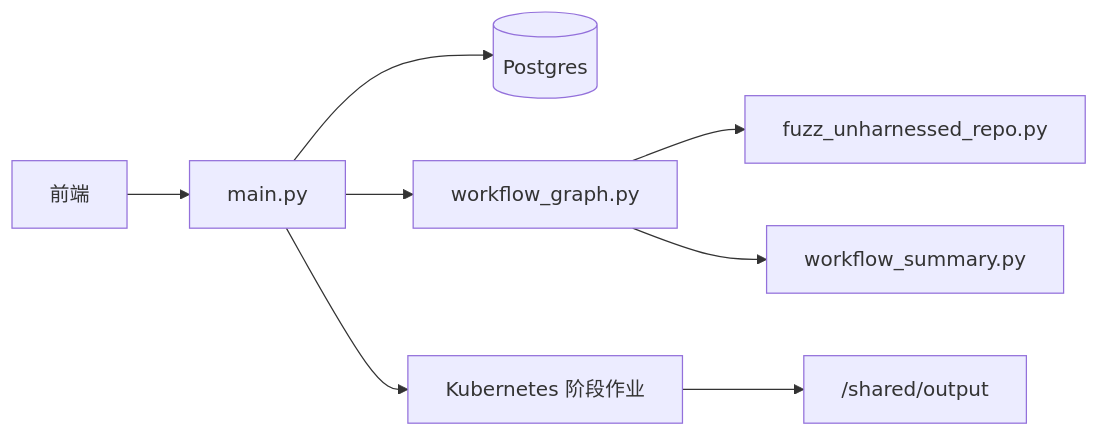
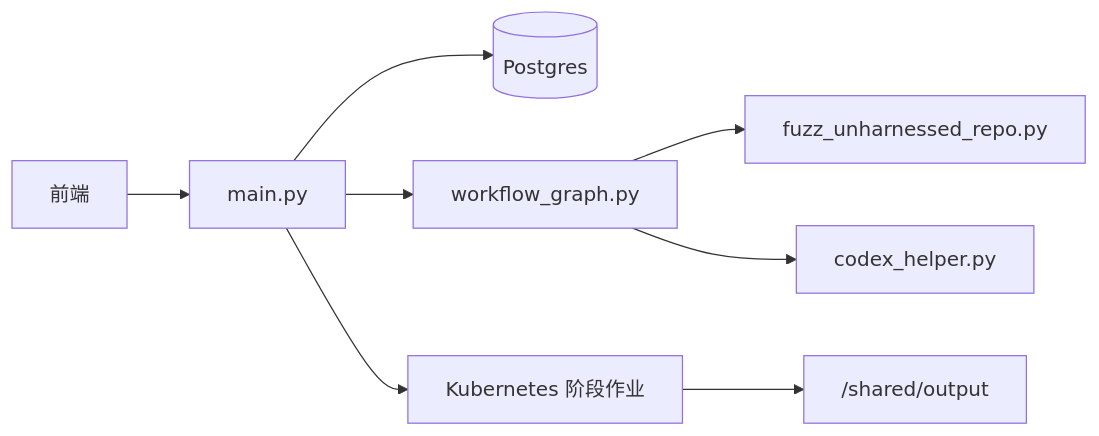
Before and after one commit to ZUENS2020/Sherpa: the first of 2 diagrams in docs/CODEBASE_TECHNICAL_ANALYSIS.md, drawn with Mermaid. The commit also changed other lines of this file and 30 other files, not shown here.

````diff
--- a/docs/CODEBASE_TECHNICAL_ANALYSIS.md
+++ b/docs/CODEBASE_TECHNICAL_ANALYSIS.md
@@ -21,10 +20,10 @@
 ```mermaid
 flowchart LR
   FE["前端"] --> API["main.py"]
   API --> DB[("Postgres")]
   API --> WF["workflow_graph.py"]
   WF --> GEN["fuzz_unharnessed_repo.py"]
-  WF --> SUM["workflow_summary.py"]
+  WF --> CH["codex_helper.py"]
   API --> JOB["Kubernetes 阶段作业"]
   JOB --> OUT["/shared/output"]
 ```
````
